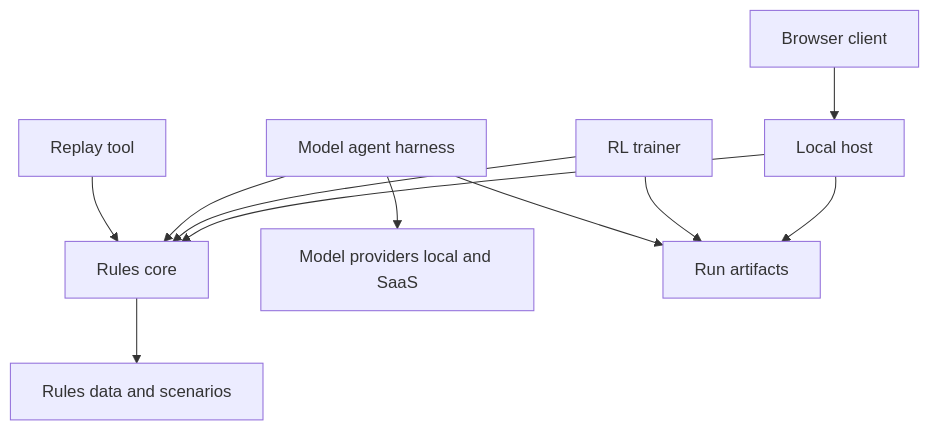
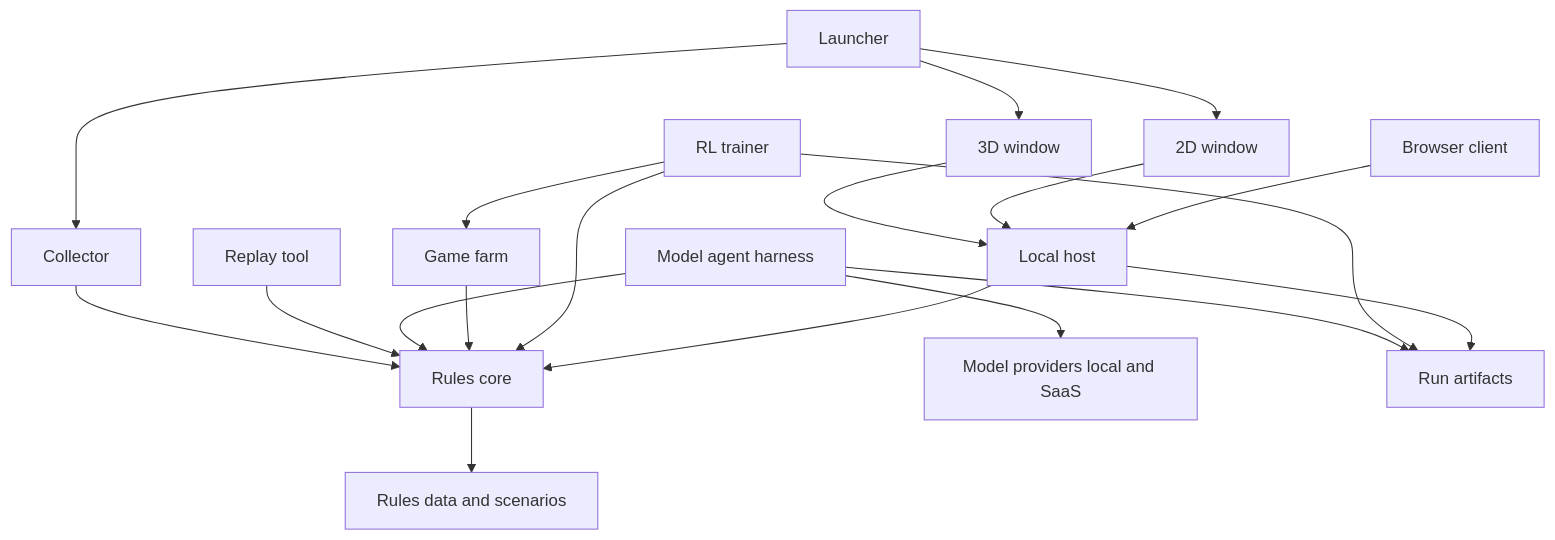
Before and after one commit to rondilley/Squad_Leader_Expeditionem: the first of 4 diagrams in docs/ARCHITECTURE.md, drawn with Mermaid. The commit also changed other lines of this file and 12 other files, not shown here.

````diff
--- a/docs/ARCHITECTURE.md
+++ b/docs/ARCHITECTURE.md
@@ -24,22 +31,35 @@
 ```mermaid
 flowchart TB
     Client[Browser client]
+    Window2D[2D window]
+    Window3D[3D window]
+    Launcher[Launcher]
     Host[Local host]
     Core[Rules core]
     Data[Rules data and scenarios]
     Trainer[RL trainer]
+    Farm[Game farm]
     Harness[Model agent harness]
     Replay[Replay tool]
+    Collector[Collector]
     Provider[Model providers local and SaaS]
     Runs[Run artifacts]
+    Launcher --> Window3D
+    Launcher --> Window2D
     Client --> Host
+    Window2D --> Host
+    Window3D --> Host
     Host --> Core
     Core --> Data
     Trainer --> Core
+    Trainer --> Farm
+    Farm --> Core
     Harness --> Core
     Harness --> Provider
     Replay --> Core
+    Launcher --> Collector
+    Collector --> Core
     Host --> Runs
     Trainer --> Runs
     Harness --> Runs
 ```
````
